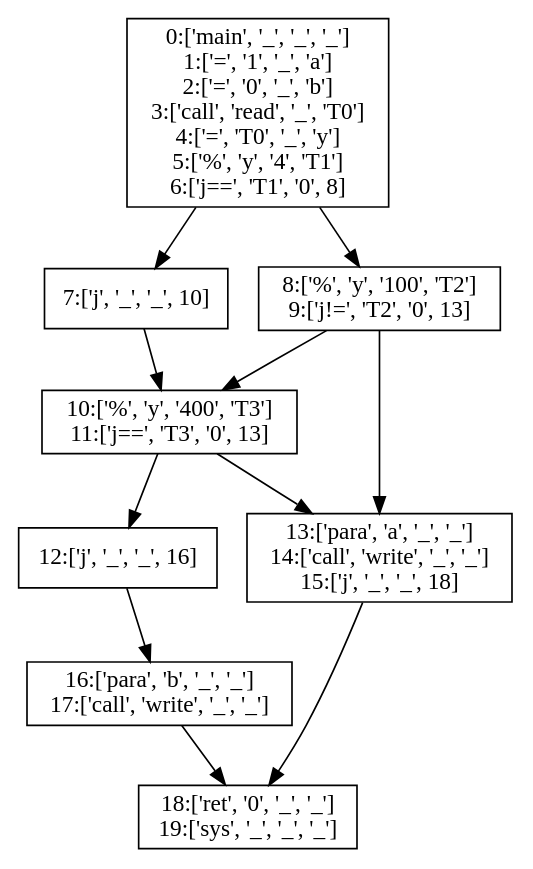
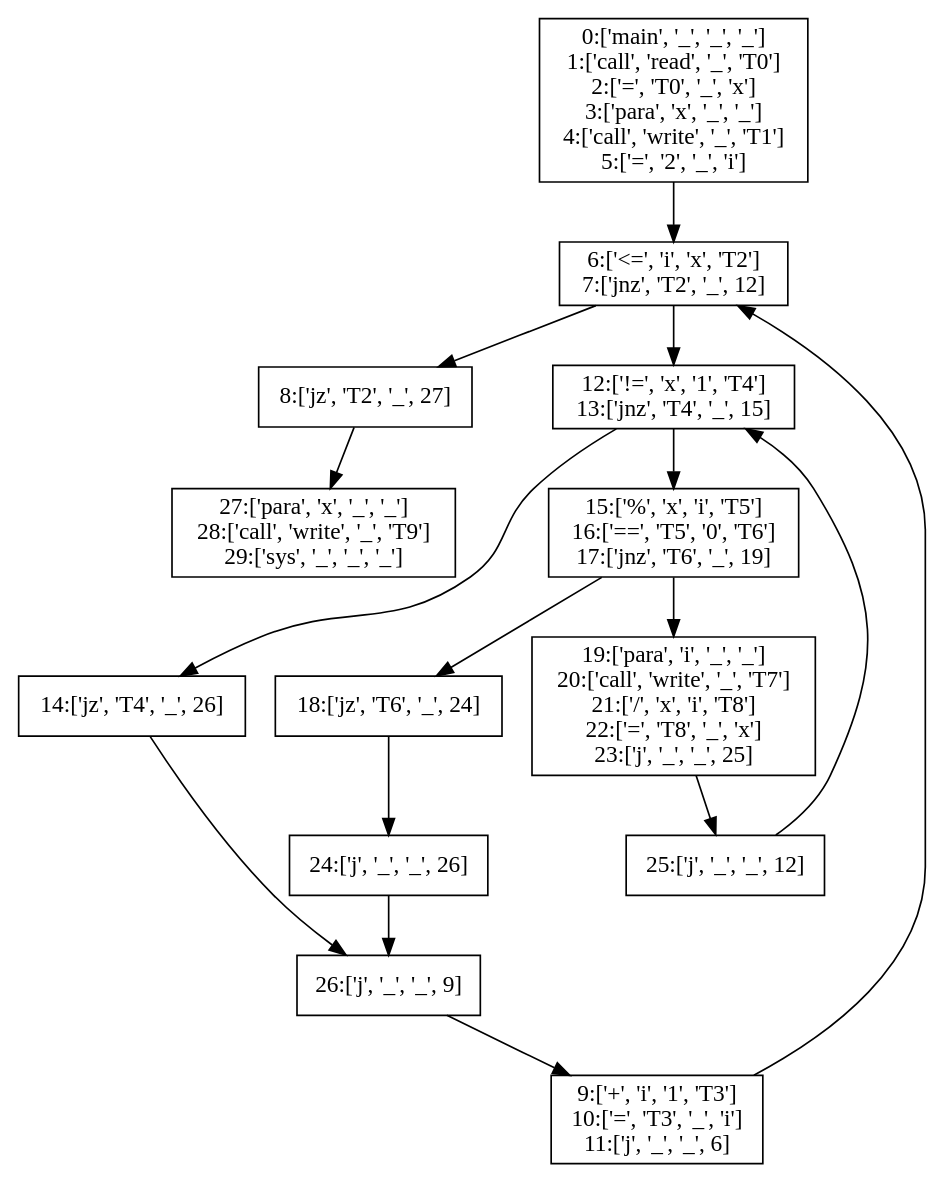
The diagram in Basic_Block/basic_block.gv (hutao99/compiler), drawn with Graphviz before and after one commit. The commit also changed 9 other files, not shown here.

```diff
--- a/Basic_Block/basic_block.gv
+++ b/Basic_Block/basic_block.gv
@@ -1,41 +1,61 @@
 // Basic_Block
 digraph "./Basic_Block/basic_block" {
 	0 [label="0:['main', '_', '_', '_']
-1:['=', '1', '_', 'a']
-2:['=', '0', '_', 'b']
-3:['call', 'read', '_', 'T0']
-4:['=', 'T0', '_', 'y']
-5:['%', 'y', '4', 'T1']
-6:['j==', 'T1', '0', 8]
+1:['call', 'read', '_', 'T0']
+2:['=', 'T0', '_', 'x']
+3:['para', 'x', '_', '_']
+4:['call', 'write', '_', 'T1']
+5:['=', '2', '_', 'i']
 " fontname=SimHei shape=rectangle]
-	1 [label="7:['j', '_', '_', 10]
+	1 [label="6:['<=', 'i', 'x', 'T2']
+7:['jnz', 'T2', '_', 12]
 " fontname=SimHei shape=rectangle]
-	2 [label="8:['%', 'y', '100', 'T2']
-9:['j!=', 'T2', '0', 13]
+	2 [label="8:['jz', 'T2', '_', 27]
 " fontname=SimHei shape=rectangle]
-	3 [label="10:['%', 'y', '400', 'T3']
-11:['j==', 'T3', '0', 13]
+	3 [label="9:['+', 'i', '1', 'T3']
+10:['=', 'T3', '_', 'i']
+11:['j', '_', '_', 6]
 " fontname=SimHei shape=rectangle]
-	4 [label="12:['j', '_', '_', 16]
+	4 [label="12:['!=', 'x', '1', 'T4']
+13:['jnz', 'T4', '_', 15]
 " fontname=SimHei shape=rectangle]
-	5 [label="13:['para', 'a', '_', '_']
-14:['call', 'write', '_', '_']
-15:['j', '_', '_', 18]
+	5 [label="14:['jz', 'T4', '_', 26]
 " fontname=SimHei shape=rectangle]
-	6 [label="16:['para', 'b', '_', '_']
-17:['call', 'write', '_', '_']
+	6 [label="15:['%', 'x', 'i', 'T5']
+16:['==', 'T5', '0', 'T6']
+17:['jnz', 'T6', '_', 19]
 " fontname=SimHei shape=rectangle]
-	7 [label="18:['ret', '0', '_', '_']
-19:['sys', '_', '_', '_']
+	7 [label="18:['jz', 'T6', '_', 24]
 " fontname=SimHei shape=rectangle]
-	0 -> 2
+	8 [label="19:['para', 'i', '_', '_']
+20:['call', 'write', '_', 'T7']
+21:['/', 'x', 'i', 'T8']
+22:['=', 'T8', '_', 'x']
+23:['j', '_', '_', 25]
+" fontname=SimHei shape=rectangle]
+	9 [label="24:['j', '_', '_', 26]
+" fontname=SimHei shape=rectangle]
+	10 [label="25:['j', '_', '_', 12]
+" fontname=SimHei shape=rectangle]
+	11 [label="26:['j', '_', '_', 9]
+" fontname=SimHei shape=rectangle]
+	12 [label="27:['para', 'x', '_', '_']
+28:['call', 'write', '_', 'T9']
+29:['sys', '_', '_', '_']
+" fontname=SimHei shape=rectangle]
 	0 -> 1
-	1 -> 3
-	2 -> 5
-	2 -> 3
-	3 -> 5
-	3 -> 4
+	1 -> 4
+	1 -> 2
+	2 -> 12
+	3 -> 1
 	4 -> 6
-	5 -> 7
+	4 -> 5
+	5 -> 11
+	6 -> 8
 	6 -> 7
+	7 -> 9
+	8 -> 10
+	9 -> 11
+	10 -> 4
+	11 -> 3
 }
```
